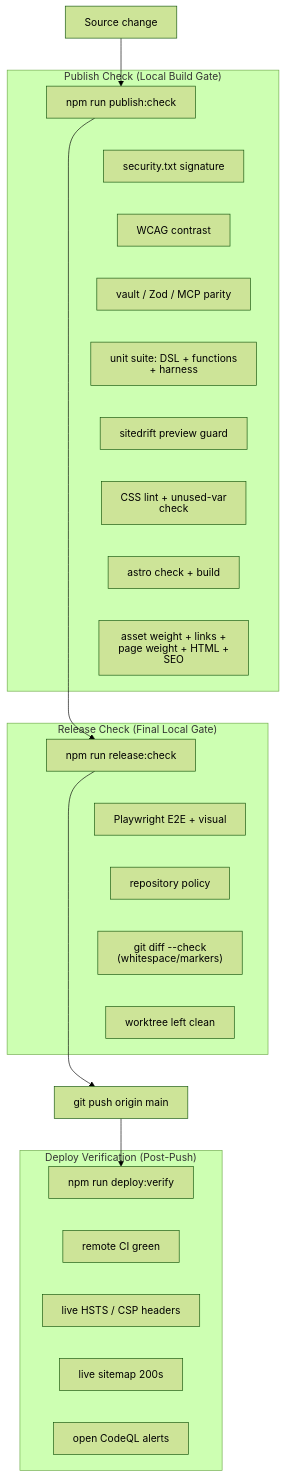
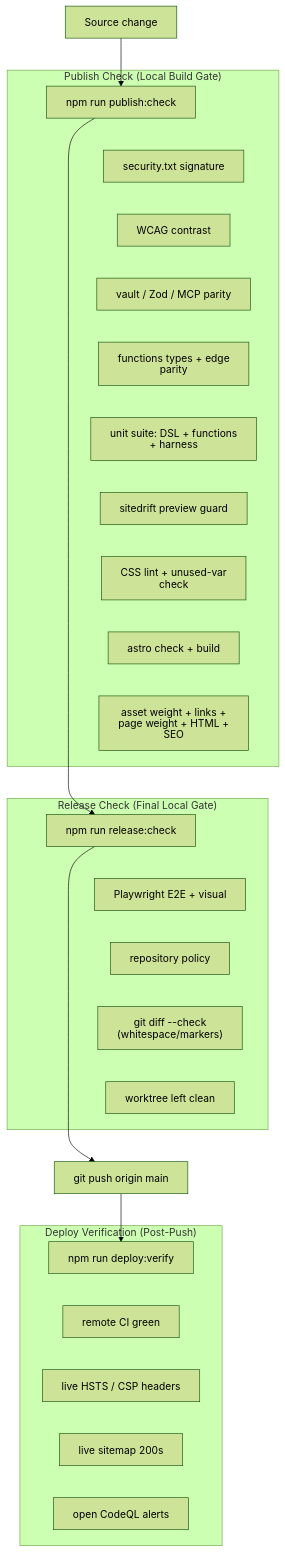
Before and after one commit to joeseverino/jseverino.com: the diagram in tests/ARCHITECTURE.md, drawn with Mermaid (forest theme). The commit also changed other lines of this file and 8 other files, not shown here.

First line of the commit message:
docs(commands): full reference in docs/Commands.md; diagnose in the gate diagrams

````diff
--- a/tests/ARCHITECTURE.md
+++ b/tests/ARCHITECTURE.md
@@ -63,43 +63,44 @@
 ```mermaid
 %%{init: { "htmlLabels": false } }%%
 graph TD
     A["Source change"] --> B
     B --> C
     C --> D["git push origin main"]
     D --> E
 
     subgraph publish ["Publish Check (Local Build Gate)"]
         B["npm run publish:check"]
         B1["security.txt signature"]
         B2["WCAG contrast"]
         B3["vault / Zod / MCP parity"]
+        B9["functions types + edge parity"]
         B8["unit suite: DSL + functions + harness"]
         B4["sitedrift preview guard"]
         B5["CSS lint + unused-var check"]
         B6["astro check + build"]
         B7["asset weight + links + page weight + HTML + SEO"]
     end
 
     subgraph release ["Release Check (Final Local Gate)"]
         C["npm run release:check"]
         C1["Playwright E2E + visual"]
         C2["repository policy"]
         C3["git diff --check (whitespace/markers)"]
         C4["worktree left clean"]
     end
 
     subgraph deploy ["Deploy Verification (Post-Push)"]
         E["npm run deploy:verify"]
         E1["remote CI green"]
         E2["live HSTS / CSP headers"]
         E3["live sitemap 200s"]
         E4["open CodeQL alerts"]
     end
 
     %% Force vertical layout nesting
-    B ~~~ B1 ~~~ B2 ~~~ B3 ~~~ B8 ~~~ B4 ~~~ B5 ~~~ B6 ~~~ B7
+    B ~~~ B1 ~~~ B2 ~~~ B3 ~~~ B9 ~~~ B8 ~~~ B4 ~~~ B5 ~~~ B6 ~~~ B7
     B7 ~~~ C
     C ~~~ C1 ~~~ C2 ~~~ C3 ~~~ C4
     C4 ~~~ D
     E ~~~ E1 ~~~ E2 ~~~ E3 ~~~ E4
 ```
````
